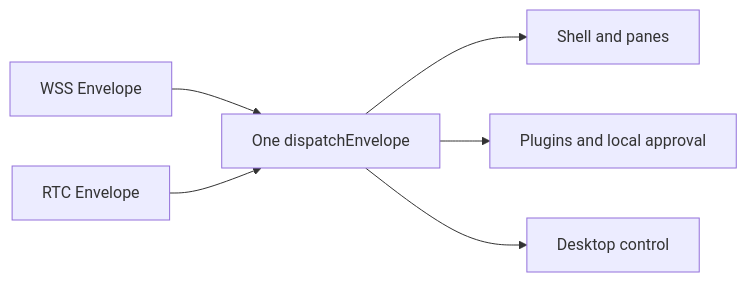
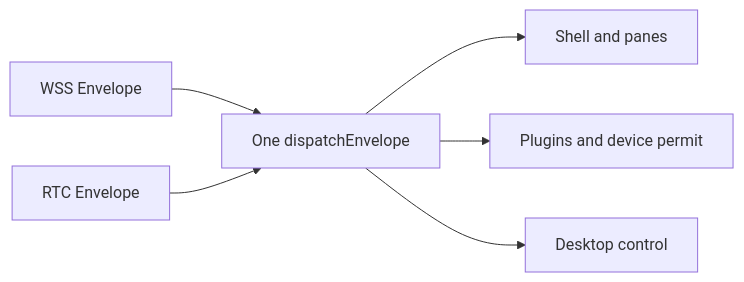
The diagram in docs/blog/rtc-with-a-brake.en.md (TITOCHAN2023/fleetForAgent), drawn with Mermaid before and after one commit. The commit also changed other lines of this file and 54 other files, not shown here.

Commit message:
feat: harden peer plugins and unify device permits

````diff
--- a/docs/blog/rtc-with-a-brake.en.md
+++ b/docs/blog/rtc-with-a-brake.en.md
@@ -21,10 +21,10 @@
 ```mermaid
 flowchart LR
   accTitle: Both transports enter the same Agent dispatcher
   accDescr: WSS and RTC carry the same Fleet Envelope into one dispatcher. Shell, panes, plugins, local approval, and desktop control therefore keep the same device-side checks.
   W["WSS Envelope"] --> D["One dispatchEnvelope"]
   R["RTC Envelope"] --> D
   D --> S["Shell and panes"]
-  D --> P["Plugins and local approval"]
+  D --> P["Plugins and device permit"]
   D --> C["Desktop control"]
 ```
````
